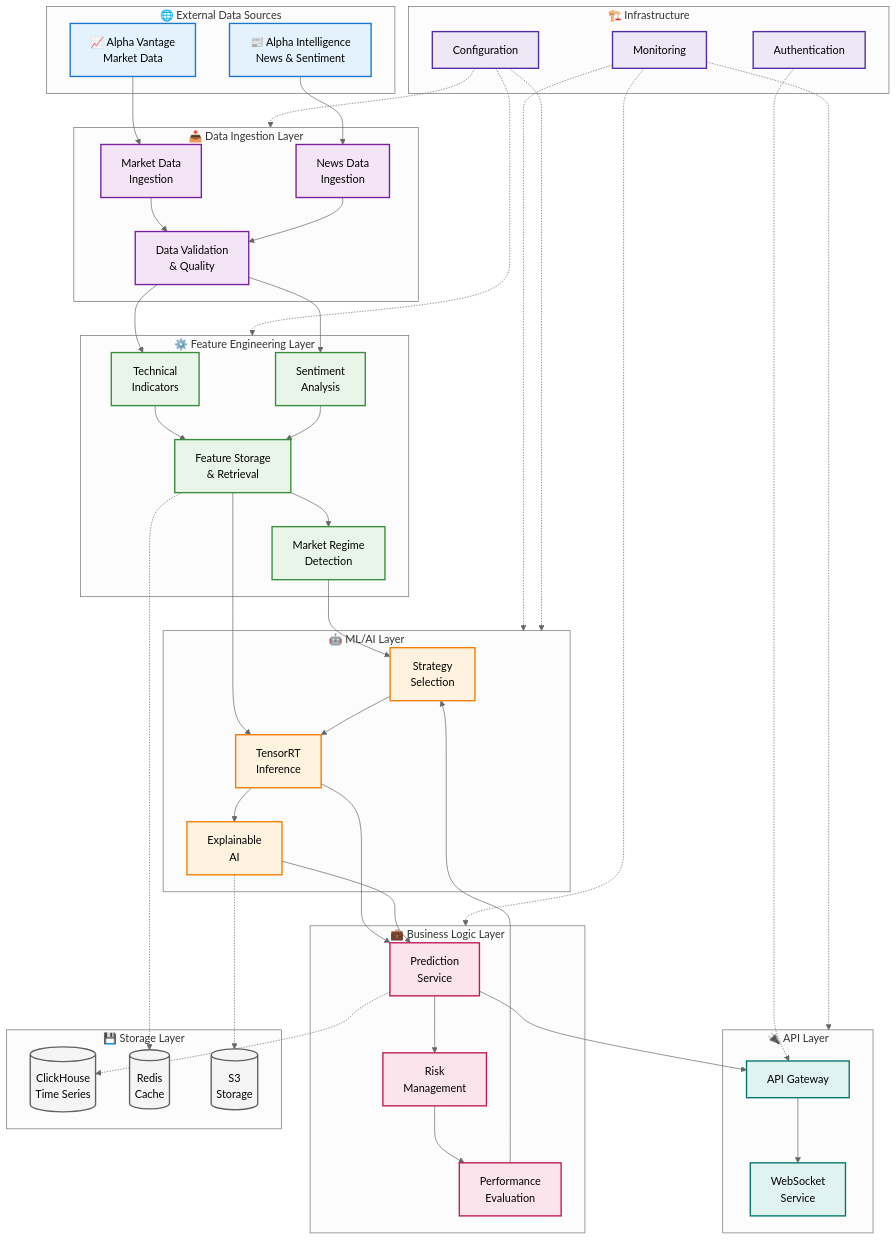
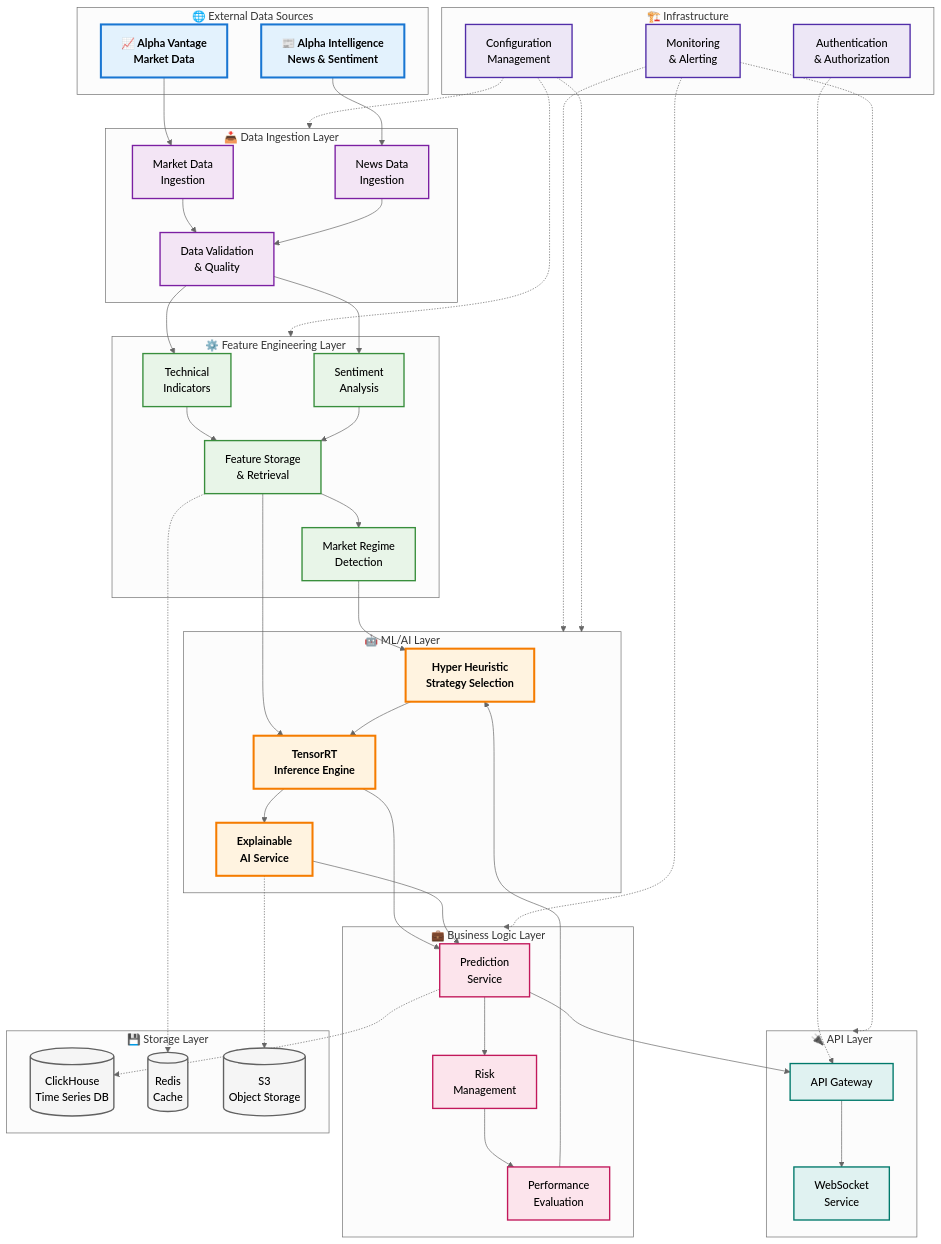
One commit to danjloveless/hyper-heuristic-trading-agent changed the first of 2 diagrams in readme.md. Above: the diagram before and after it, drawn with Mermaid (neutral theme).

Commit message:
Mermaid diagram styling improvements

```diff
--- a/readme.md
+++ b/readme.md
@@ -92,9 +92,9 @@
     
     %% ML/AI Layer
     subgraph MLAI ["🤖 ML/AI Layer"]
-        HHS["Strategy<br/>Selection"]
-        TRE["TensorRT<br/>Inference"]
-        EAI["Explainable<br/>AI"]
+        HHS["Hyper Heuristic<br/>Strategy Selection"]
+        TRE["TensorRT<br/>Inference Engine"]
+        EAI["Explainable<br/>AI Service"]
     end
     
     %% Business Logic Layer
@@ -111,19 +111,19 @@
     end
     
     subgraph INFRA ["🏗️ Infrastructure"]
-        AUTH["Authentication"]
-        MON["Monitoring"]
-        CONFIG["Configuration"]
+        AUTH["Authentication<br/>& Authorization"]
+        MON["Monitoring<br/>& Alerting"]
+        CONFIG["Configuration<br/>Management"]
     end
     
     %% Storage
     subgraph STORAGE ["💾 Storage Layer"]
-        CH[("ClickHouse<br/>Time Series")]
+        CH[("ClickHouse<br/>Time Series DB")]
         RD[("Redis<br/>Cache")]
-        S3[("S3<br/>Storage")]
+        S3[("S3<br/>Object Storage")]
     end
     
-    %% Data Flow
+    %% Data Flow - Primary Pipeline
     AV --> MDI
     AI --> NDI
     
@@ -151,12 +151,12 @@
     PS --> AGW
     AGW --> WSS
     
-    %% Storage connections
+    %% Storage connections - Dotted lines
     FSR -.-> RD
     PS -.-> CH
     EAI -.-> S3
     
-    %% Infrastructure connections
+    %% Infrastructure connections - Dotted lines
     AUTH -.-> AGW
     MON -.-> APILAY
     MON -.-> BIZ
@@ -165,16 +165,17 @@
     CONFIG -.-> FEATURES
     CONFIG -.-> MLAI
     
-    %% Styling
-    classDef external fill:#e3f2fd,stroke:#1976d2,stroke-width:2px
-    classDef ingestion fill:#f3e5f5,stroke:#7b1fa2,stroke-width:2px
-    classDef features fill:#e8f5e8,stroke:#388e3c,stroke-width:2px
-    classDef mlstyle fill:#fff3e0,stroke:#f57c00,stroke-width:2px
-    classDef business fill:#fce4ec,stroke:#c2185b,stroke-width:2px
-    classDef apistyle fill:#e0f2f1,stroke:#00796b,stroke-width:2px
-    classDef storage fill:#f5f5f5,stroke:#616161,stroke-width:2px
-    classDef infra fill:#ede7f6,stroke:#512da8,stroke-width:2px
+    %% Enhanced Styling with black text
+    classDef external fill:#e3f2fd,stroke:#1976d2,stroke-width:3px,color:#000000,font-weight:bold
+    classDef ingestion fill:#f3e5f5,stroke:#7b1fa2,stroke-width:2px,color:#000000,font-weight:500
+    classDef features fill:#e8f5e8,stroke:#388e3c,stroke-width:2px,color:#000000,font-weight:500
+    classDef mlstyle fill:#fff3e0,stroke:#f57c00,stroke-width:3px,color:#000000,font-weight:bold
+    classDef business fill:#fce4ec,stroke:#c2185b,stroke-width:2px,color:#000000,font-weight:500
+    classDef apistyle fill:#e0f2f1,stroke:#00796b,stroke-width:2px,color:#000000,font-weight:500
+    classDef storage fill:#f5f5f5,stroke:#616161,stroke-width:2px,color:#000000,font-weight:500
+    classDef infra fill:#ede7f6,stroke:#512da8,stroke-width:2px,color:#000000,font-weight:500
     
+    %% Apply styles
     class AV,AI external
     class MDI,NDI,DVQ ingestion
     class TIE,SAE,MRD,FSR features
```
